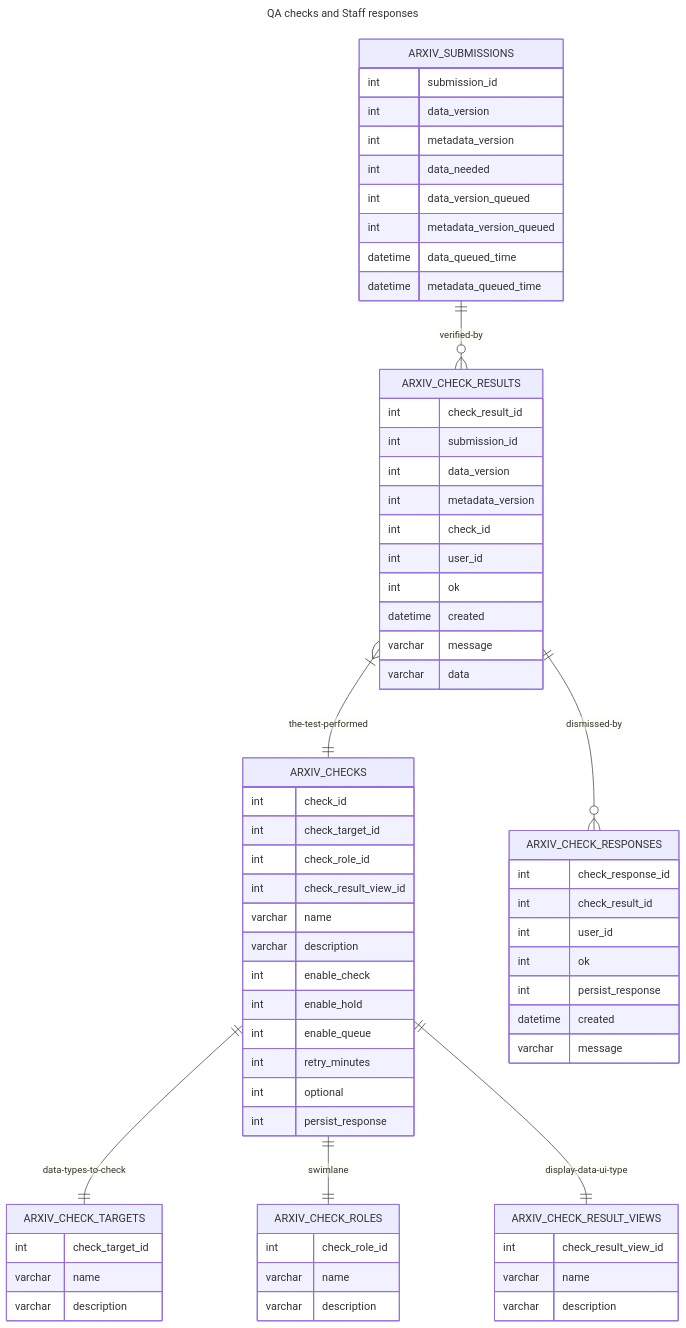
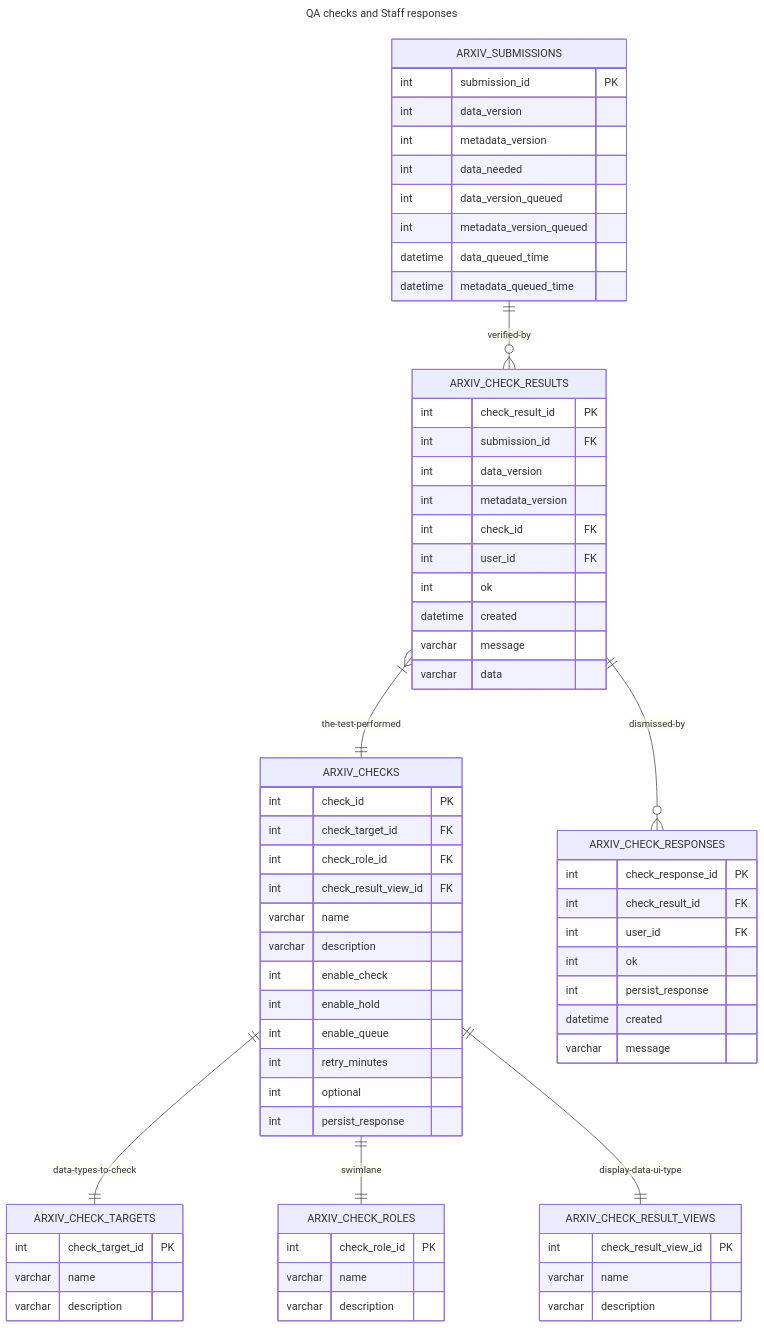
One commit to arXiv/zzz-arxiv-db changed the diagram in docs/qa_checks.md. Above: the diagram before and after it, drawn with Mermaid.

Commit message:
ARXIVCE-784: diagram pk,fk

````diff
--- a/docs/qa_checks.md
+++ b/docs/qa_checks.md
@@ -1,73 +1,73 @@
 ```mermaid
 ---
 title: QA checks and Staff responses
 ---
 erDiagram
     
     ARXIV_SUBMISSIONS ||--o{ ARXIV_CHECK_RESULTS : verified-by
     ARXIV_SUBMISSIONS {
-        int submission_id
+        int submission_id PK
         int data_version
         int metadata_version
         int data_needed
         int data_version_queued
         int metadata_version_queued
         datetime data_queued_time
         datetime metadata_queued_time
     }
     ARXIV_CHECK_ROLES {
-        int check_role_id
+        int check_role_id PK
         varchar name
         varchar description
     }
     ARXIV_CHECK_RESULT_VIEWS {
-        int check_result_view_id
+        int check_result_view_id PK
         varchar name
         varchar description
     }
     ARXIV_CHECK_TARGETS {
-        int check_target_id
+        int check_target_id PK
         varchar name
         varchar description
     }
     ARXIV_CHECKS ||--|| ARXIV_CHECK_TARGETS : data-types-to-check
     ARXIV_CHECKS ||--|| ARXIV_CHECK_ROLES : swimlane
     ARXIV_CHECKS ||--|| ARXIV_CHECK_RESULT_VIEWS : display-data-ui-type
     ARXIV_CHECKS {
-        int check_id
-        int check_target_id
-        int check_role_id
-        int check_result_view_id
+        int check_id PK
+        int check_target_id FK
+        int check_role_id FK
+        int check_result_view_id FK
         varchar name
         varchar description
         int enable_check
         int enable_hold
         int enable_queue
         int retry_minutes
         int optional
         int persist_response
     }
     ARXIV_CHECK_RESULTS }|--|| ARXIV_CHECKS : the-test-performed
     ARXIV_CHECK_RESULTS ||--o{ ARXIV_CHECK_RESPONSES : dismissed-by
     ARXIV_CHECK_RESULTS {
-        int check_result_id
-        int submission_id
+        int check_result_id PK
+        int submission_id FK
         int data_version
         int metadata_version
-        int check_id
-        int user_id
+        int check_id FK
+        int user_id FK
         int ok
         datetime created
         varchar message
         varchar data
     }
     ARXIV_CHECK_RESPONSES {
-        int check_response_id
-        int check_result_id
-        int user_id
+        int check_response_id PK
+        int check_result_id FK
+        int user_id FK
         int ok
         int persist_response
         datetime created
         varchar message
     }
 ```
````
